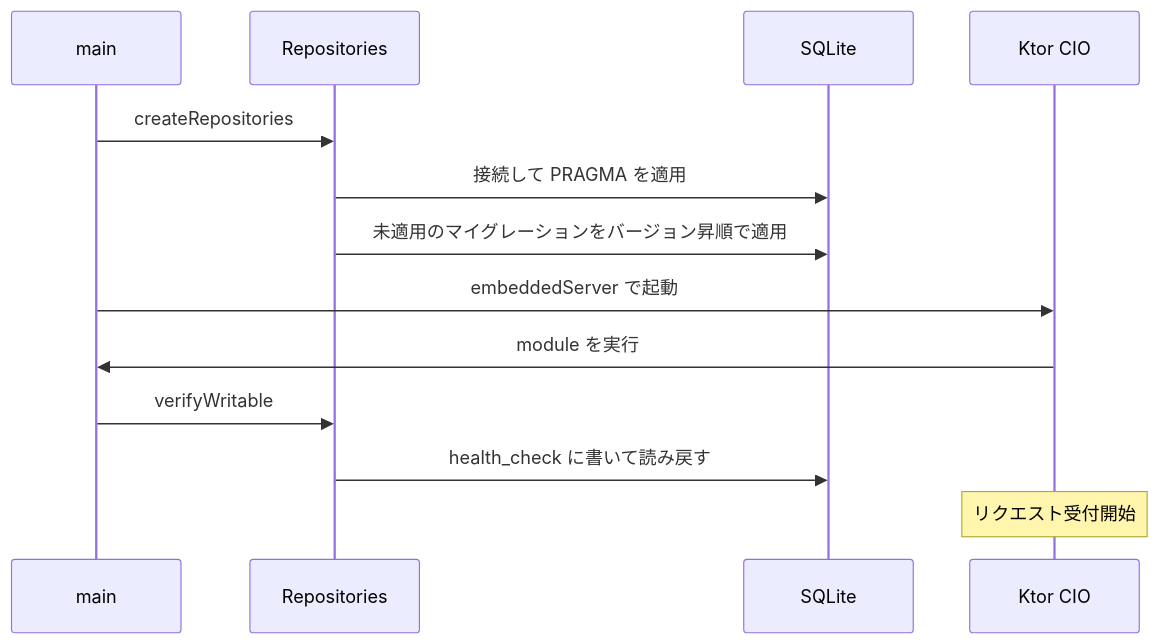
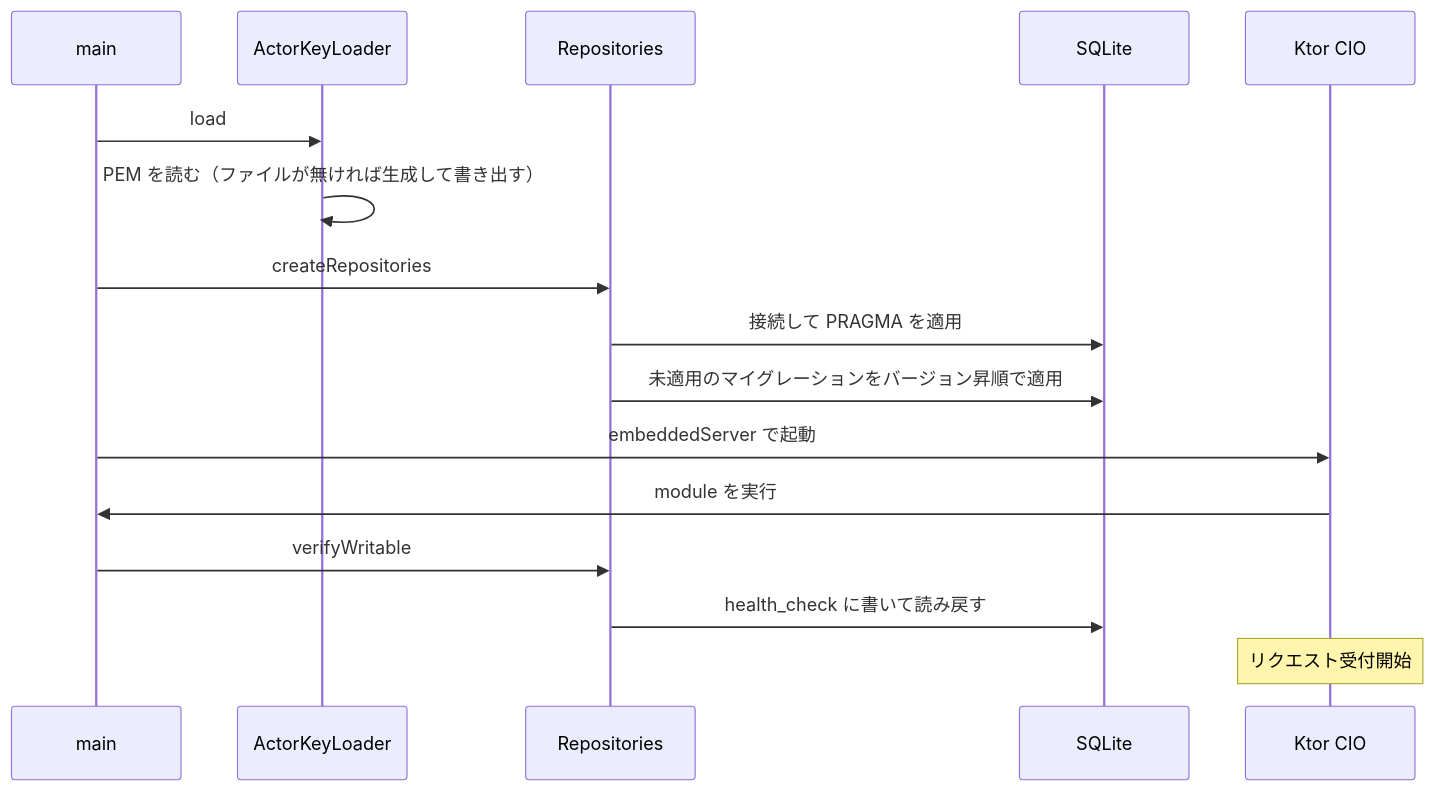
The second of 2 diagrams in README.md (matsudamper/mastodon-rss), drawn with Mermaid before and after one commit. The commit also changed other lines of this file and 16 other files, not shown here.

````diff
--- a/README.md
+++ b/README.md
@@ -71,16 +75,19 @@
 ```mermaid
 sequenceDiagram
     participant M as main
+    participant A as ActorKeyLoader
     participant R as Repositories
     participant DB as SQLite
     participant K as Ktor CIO
 
+    M->>A: load
+    A->>A: PEM を読む（ファイルが無ければ生成して書き出す）
     M->>R: createRepositories
     R->>DB: 接続して PRAGMA を適用
     R->>DB: 未適用のマイグレーションをバージョン昇順で適用
     M->>K: embeddedServer で起動
     K->>M: module を実行
     M->>R: verifyWritable
     R->>DB: health_check に書いて読み戻す
     Note over K: リクエスト受付開始
 ```
````
